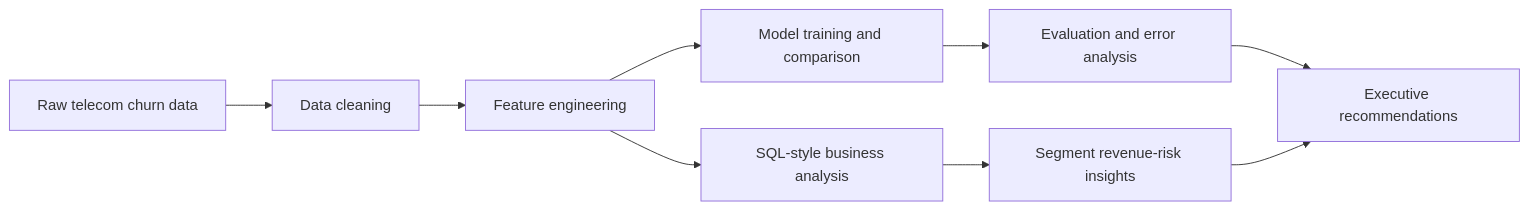
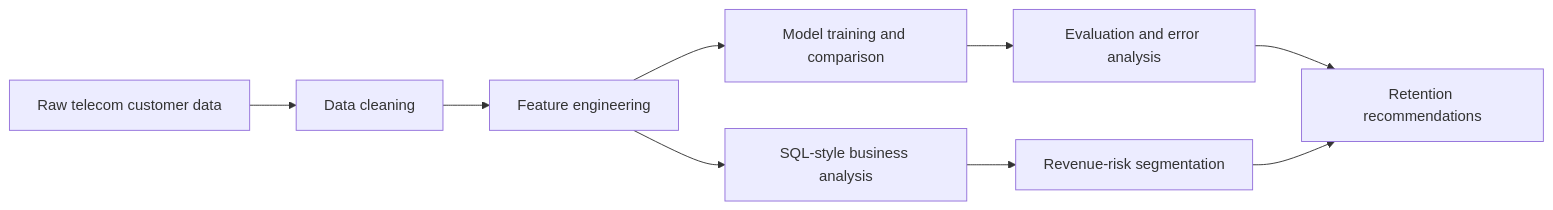
One commit to Ikteder/Customer-Churn-Revenue-Risk-Analytics changed the diagram in README.md. Above: the diagram before and after it, drawn with Mermaid. The commit also changed other lines of this file and 4 other files, not shown here.

````diff
--- a/README.md
+++ b/README.md
@@ -40,11 +52,11 @@
 ```mermaid
 flowchart LR
-    A[Raw telecom churn data] --> B[Data cleaning]
+    A[Raw telecom customer data] --> B[Data cleaning]
     B --> C[Feature engineering]
     C --> D[SQL-style business analysis]
     C --> E[Model training and comparison]
     E --> F[Evaluation and error analysis]
-    D --> G[Segment revenue-risk insights]
-    F --> H[Executive recommendations]
+    D --> G[Revenue-risk segmentation]
+    F --> H[Retention recommendations]
     G --> H
 ```
````
